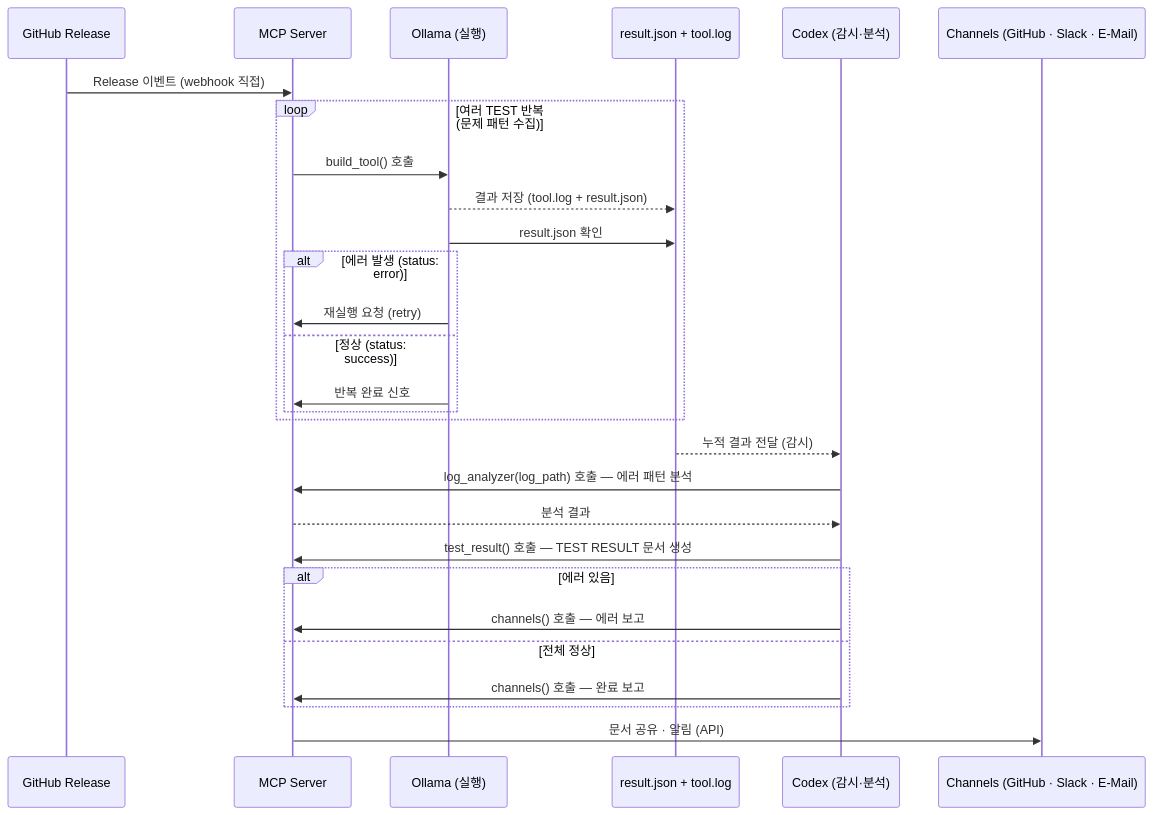
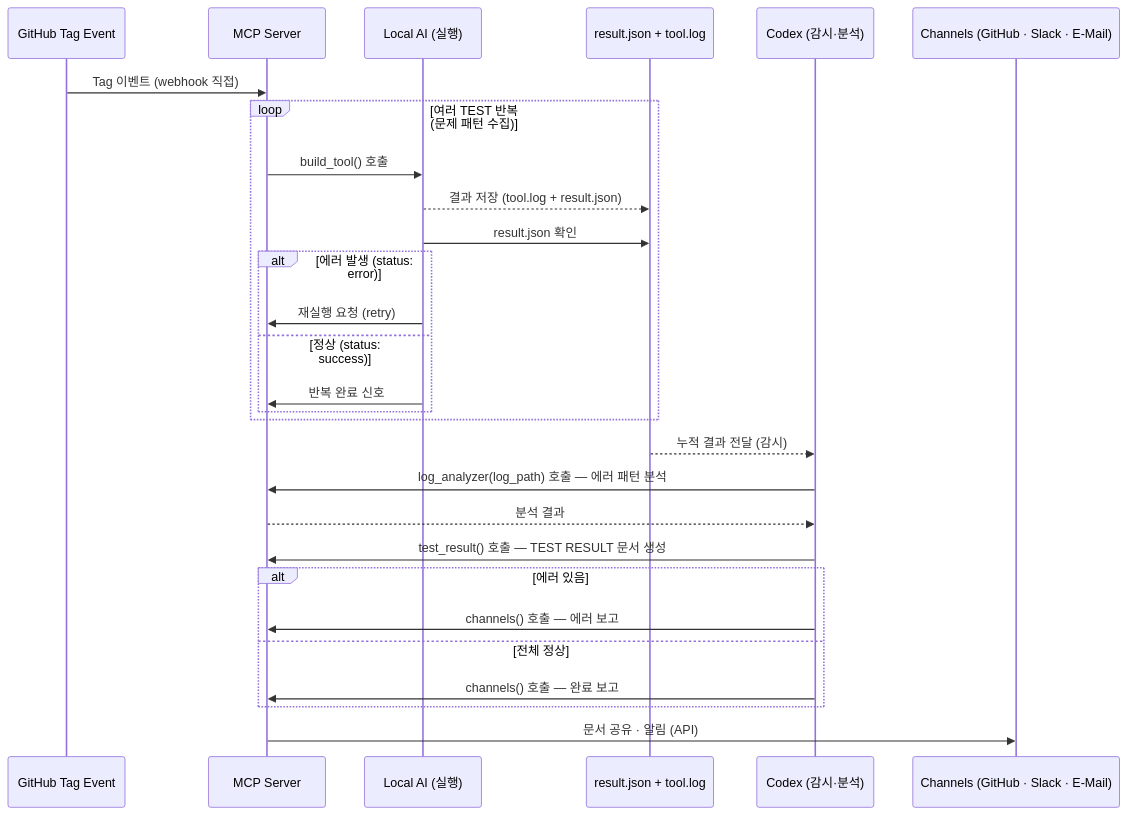
The second of 2 diagrams in docs/mcp/mcp_server.md (JeonghunLee/local-ai-agent-mcp), drawn with Mermaid before and after one commit. The commit also changed other lines of this file, not shown here.

````diff
--- a/docs/mcp/mcp_server.md
+++ b/docs/mcp/mcp_server.md
@@ -152,31 +147,31 @@
 ```mermaid
 sequenceDiagram
-    participant GH as GitHub Release
+    participant GH as GitHub Tag Event
     participant M as MCP Server
-    participant OL as Ollama (실행)
+    participant OL as Local AI (실행)
     participant J as result.json + tool.log
     participant CX as Codex (감시·분석)
     participant CH as Channels (GitHub · Slack · E-Mail)
 
-    GH->>M: Release 이벤트 (webhook 직접)
+    GH->>M: Tag 이벤트 (webhook 직접)
     loop 여러 TEST 반복 (문제 패턴 수집)
         M->>OL: build_tool() 호출
         OL-->>J: 결과 저장 (tool.log + result.json)
         OL->>J: result.json 확인
         alt 에러 발생 (status: error)
             OL->>M: 재실행 요청 (retry)
         else 정상 (status: success)
             OL->>M: 반복 완료 신호
         end
     end
     J-->>CX: 누적 결과 전달 (감시)
     CX->>M: log_analyzer(log_path) 호출 — 에러 패턴 분석
     M-->>CX: 분석 결과
     CX->>M: test_result() 호출 — TEST RESULT 문서 생성
     alt 에러 있음
         CX->>M: channels() 호출 — 에러 보고
     else 전체 정상
         CX->>M: channels() 호출 — 완료 보고
     end
     M->>CH: 문서 공유 · 알림 (API)
 ```
````
